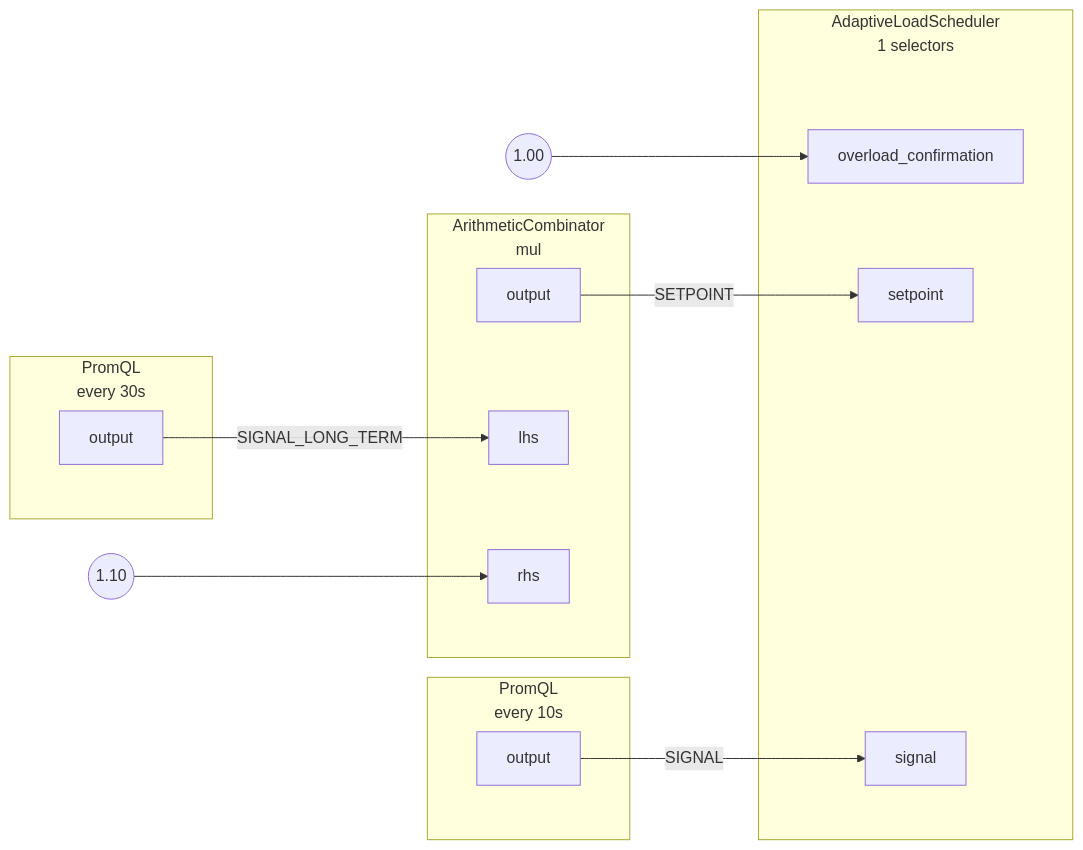
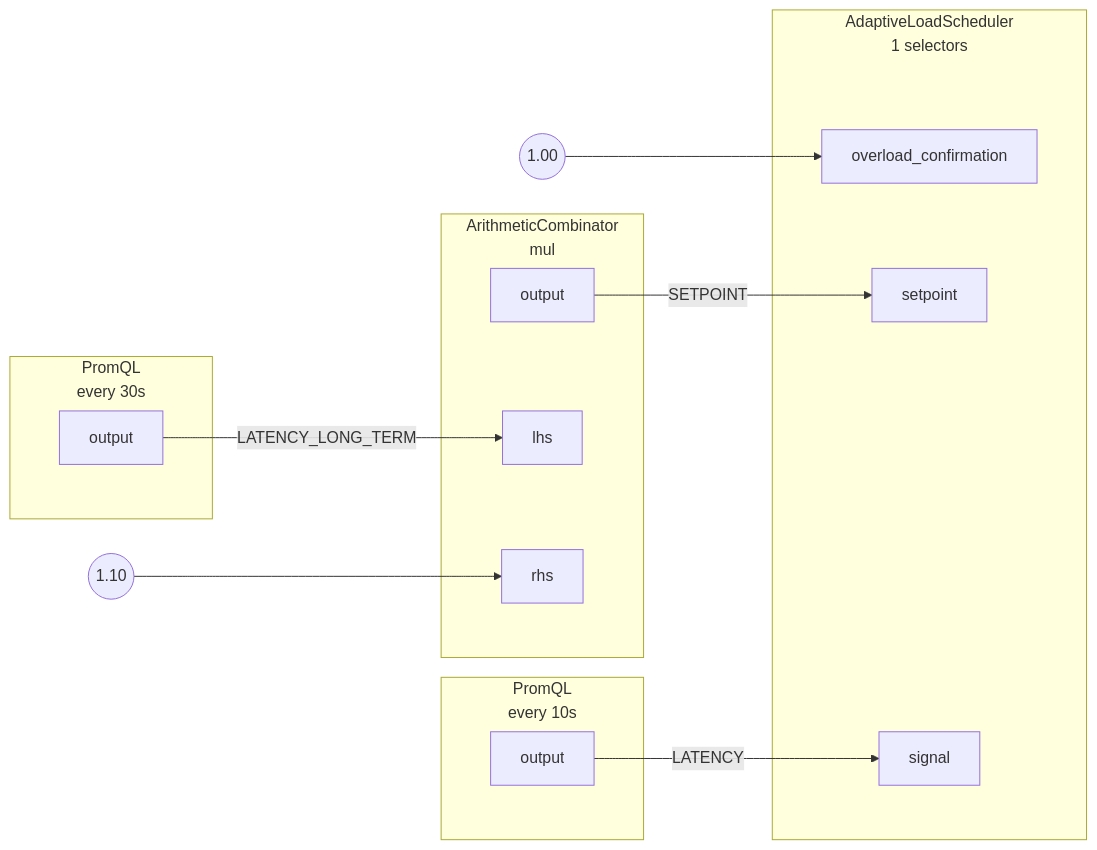
One commit to fluxninja/aperture changed the diagram in docs/content/use-cases/adaptive-service-protection/assets/workload-prioritization/graph.mmd. Above: the diagram before and after it, drawn with Mermaid. The commit also changed 26 other files, not shown here.

```diff
--- a/docs/content/use-cases/adaptive-service-protection/assets/workload-prioritization/graph.mmd
+++ b/docs/content/use-cases/adaptive-service-protection/assets/workload-prioritization/graph.mmd
@@ -1,42 +1,42 @@
 flowchart LR
 subgraph root.0[<center>AdaptiveLoadScheduler<br/>1 selectors</center>]
 subgraph root.0_inports[ ]
 style root.0_inports fill:none,stroke:none
 root.0overload_confirmation[overload_confirmation]
 root.0setpoint[setpoint]
 root.0signal[signal]
 end
 subgraph root.0_outports[ ]
 style root.0_outports fill:none,stroke:none
 end
 end
 root.0_overload_confirmation_FakeConstantout((1.00))
 subgraph root.1[<center>PromQL<br/>every 10s</center>]
 subgraph root.1_outports[ ]
 style root.1_outports fill:none,stroke:none
 root.1output[output]
 end
 end
 subgraph root.2[<center>PromQL<br/>every 30s</center>]
 subgraph root.2_outports[ ]
 style root.2_outports fill:none,stroke:none
 root.2output[output]
 end
 end
 subgraph root.3[<center>ArithmeticCombinator<br/>mul</center>]
 subgraph root.3_inports[ ]
 style root.3_inports fill:none,stroke:none
 root.3lhs[lhs]
 root.3rhs[rhs]
 end
 subgraph root.3_outports[ ]
 style root.3_outports fill:none,stroke:none
 root.3output[output]
 end
 end
 root.3_rhs_FakeConstantout((1.10))
 root.0_overload_confirmation_FakeConstantout --> root.0overload_confirmation
-root.1output --> |SIGNAL| root.0signal
-root.2output --> |SIGNAL_LONG_TERM| root.3lhs
+root.1output --> |LATENCY| root.0signal
+root.2output --> |LATENCY_LONG_TERM| root.3lhs
 root.3output --> |SETPOINT| root.0setpoint
 root.3_rhs_FakeConstantout --> root.3rhs
```
